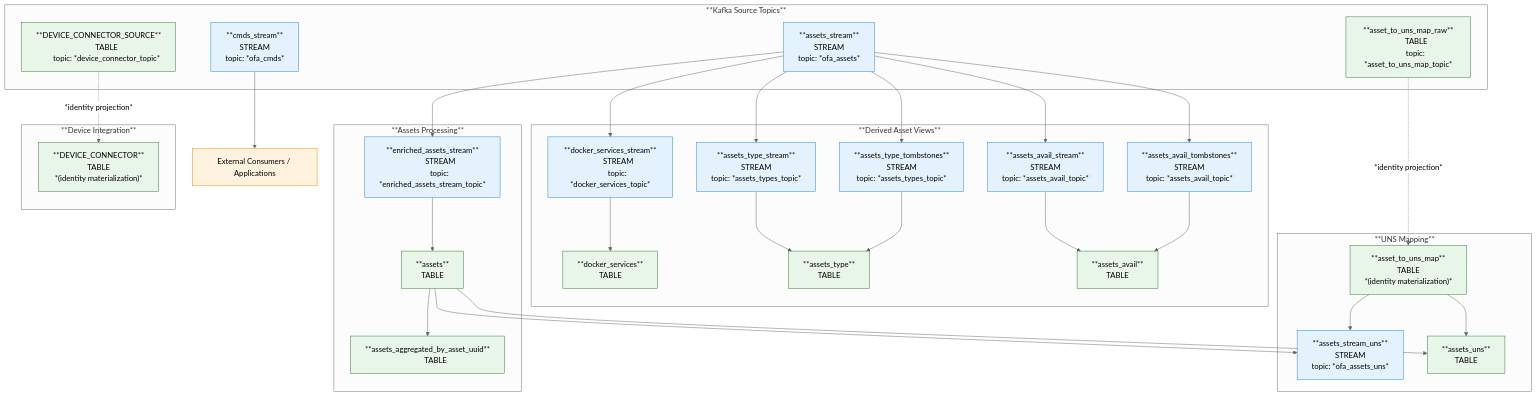
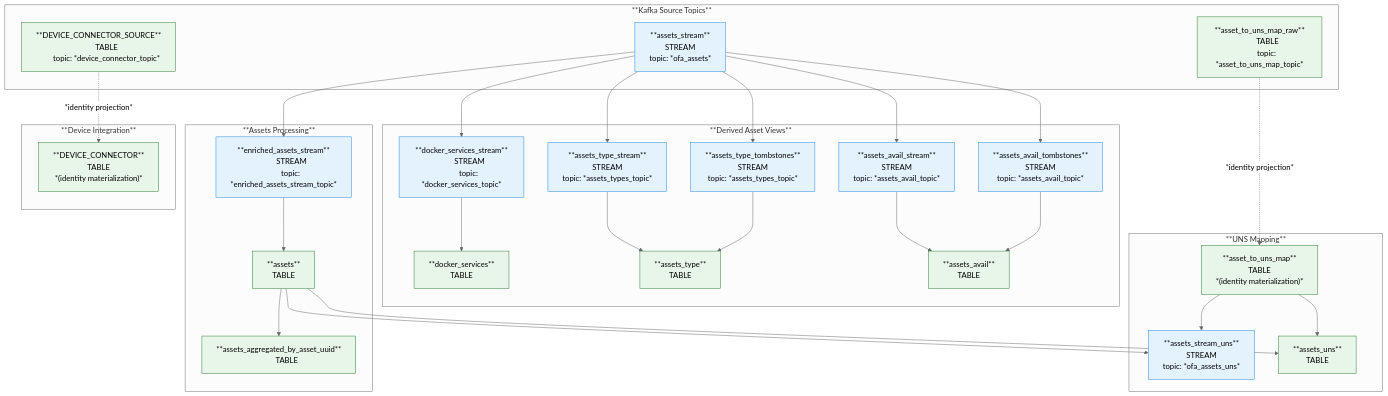
One commit to openfactoryio/openfactory-core changed the diagram in openfactory/resources/ksql/README.md. Above: the diagram before and after it, drawn with Mermaid (neutral theme). The commit also changed 2 other files, not shown here.

Commit message:
Remove obsolete cmd stream

```diff
--- a/openfactory/resources/ksql/README.md
+++ b/openfactory/resources/ksql/README.md
@@ -17,10 +17,6 @@
         asset_to_uns_map_raw["**asset_to_uns_map_raw**
         TABLE
         topic: *asset_to_uns_map_topic*"]
-
-        cmds_stream["**cmds_stream**
-        STREAM
-        topic: *ofa_cmds*"]
 
         device_connector_source["**DEVICE_CONNECTOR_SOURCE**
         TABLE
@@ -102,11 +98,6 @@
     end
 
     %% ---------------------------------------------------------------------
-    %% External Consumers
-
-    external_consumers["External Consumers / Applications"]
-
-    %% ---------------------------------------------------------------------
     %% Main flows
 
     %% Assets main flow
@@ -137,9 +128,6 @@
     assets_table --> assets_uns_table
     asset_to_uns_map_table --> assets_uns_table
 
-    %% Commands
-    cmds_stream --> external_consumers
-
     %% Device connector (identity projection)
     device_connector_source -.->|*identity projection*| device_connector_table
 
```
